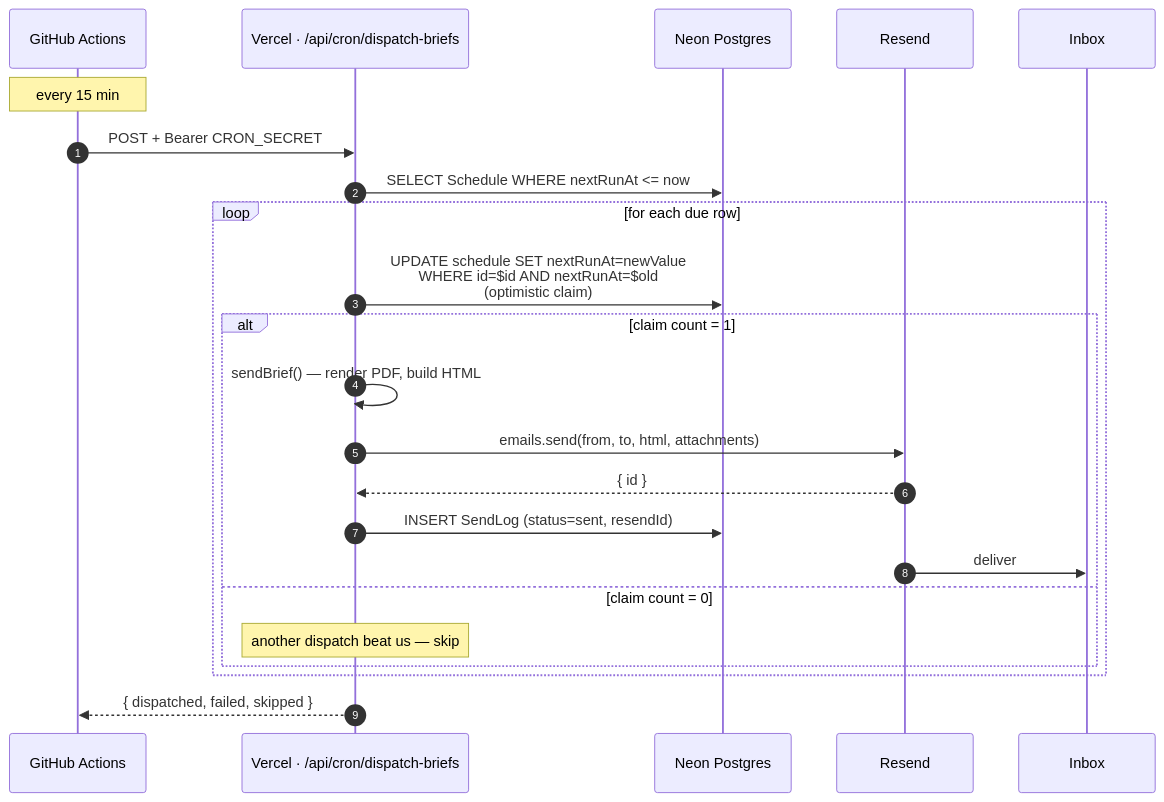
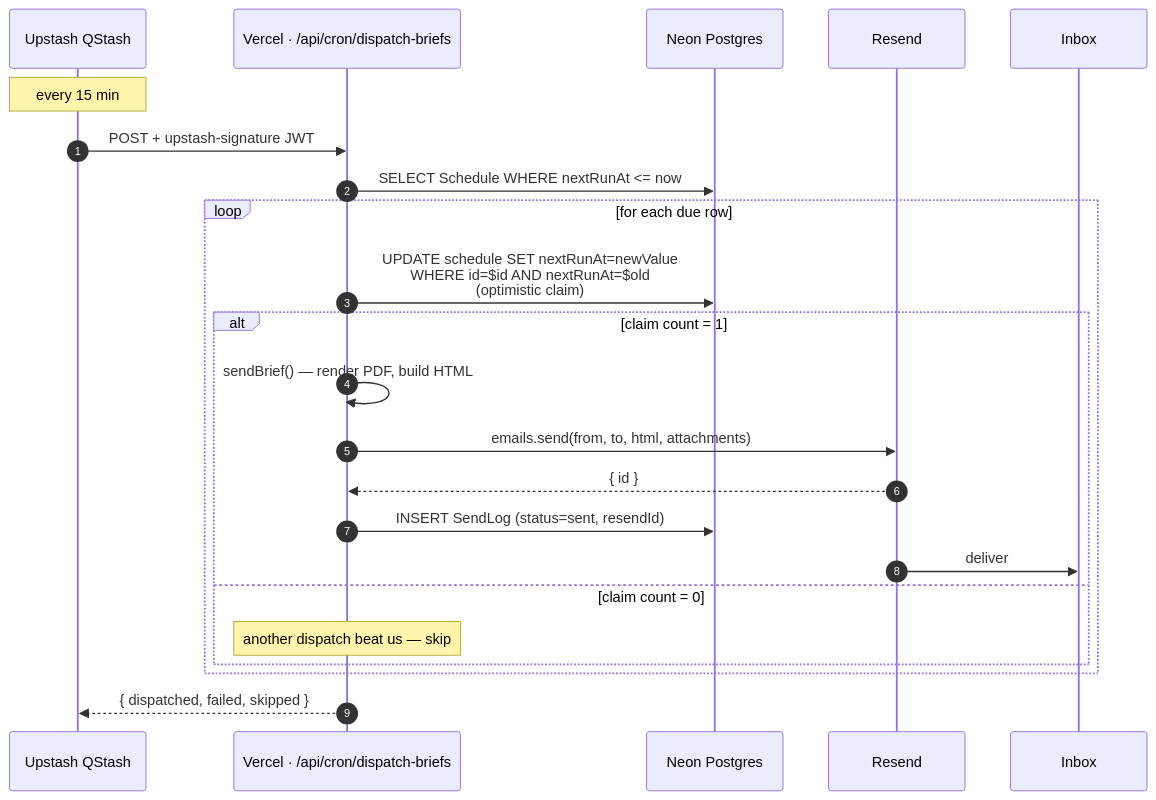
The first of 3 diagrams in docs/OPERATIONS.md (adityauphade-mac/vera-mvp), drawn with Mermaid before and after one commit. The commit also changed other lines of this file and 14 other files, not shown here.

First line of the commit message:
fix(scheduler): one row per (tenant,cadence) + QStash cron migration

````diff
--- a/docs/OPERATIONS.md
+++ b/docs/OPERATIONS.md
@@ -29,26 +29,26 @@
 ```mermaid
 sequenceDiagram
     autonumber
-    participant GH as GitHub Actions
+    participant QS as Upstash QStash
     participant API as Vercel · /api/cron/dispatch-briefs
     participant DB as Neon Postgres
     participant Resend
     participant Inbox
 
-    Note over GH: every 15 min
-    GH->>API: POST + Bearer CRON_SECRET
+    Note over QS: every 15 min
+    QS->>API: POST + upstash-signature JWT
     API->>DB: SELECT Schedule WHERE nextRunAt <= now
     loop for each due row
       API->>DB: UPDATE schedule SET nextRunAt=newValue<br/>WHERE id=$id AND nextRunAt=$old<br/>(optimistic claim)
       alt claim count = 1
         API->>API: sendBrief() — render PDF, build HTML
         API->>Resend: emails.send(from, to, html, attachments)
         Resend-->>API: { id }
         API->>DB: INSERT SendLog (status=sent, resendId)
         Resend->>Inbox: deliver
       else claim count = 0
         Note over API: another dispatch beat us — skip
       end
     end
-    API-->>GH: { dispatched, failed, skipped }
+    API-->>QS: { dispatched, failed, skipped }
 ```
````
